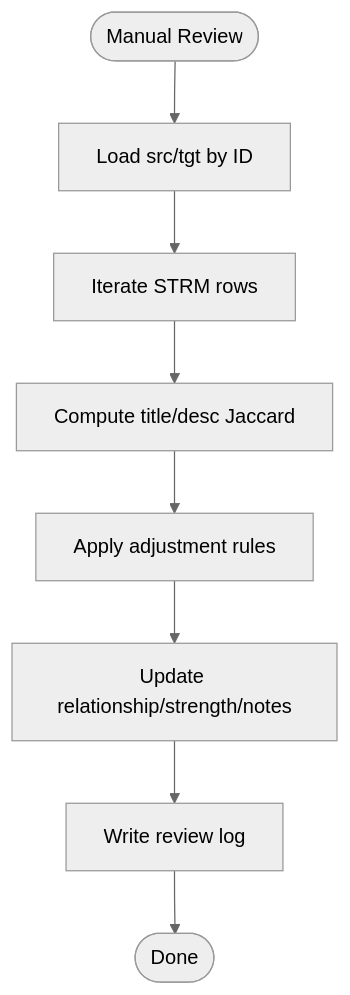
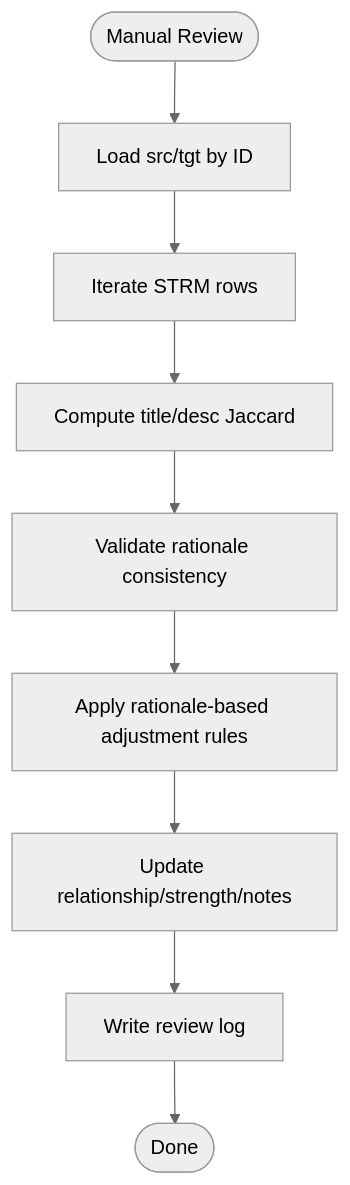
One commit to austinsonger/GRC-Mapping-Analyst changed the seventh of 8 diagrams in .qoder/repowiki/en/content/Core Processing Engine and Algorithms/Core Processing Engine and Algorithms.md. Above: the diagram before and after it, drawn with Mermaid (neutral theme). The commit also changed other lines of this file and 4 other files, not shown here.

````diff
--- a/.qoder/repowiki/en/content/Core Processing Engine and Algorithms/Core Processing Engine and Algorithms.md
+++ b/.qoder/repowiki/en/content/Core Processing Engine and Algorithms/Core Processing Engine and Algorithms.md
@@ -295,10 +360,11 @@
 ```mermaid
 flowchart TD
 MRStart(["Manual Review"]) --> LoadSets["Load src/tgt by ID"]
 LoadSets --> Iterate["Iterate STRM rows"]
 Iterate --> ComputeSim["Compute title/desc Jaccard"]
-ComputeSim --> Adjust["Apply adjustment rules"]
-Adjust --> Update["Update relationship/strength/notes"]
+ComputeSim --> CheckRationale["Validate rationale consistency"]
+CheckRationale --> ApplyRules["Apply rationale-based adjustment rules"]
+ApplyRules --> Update["Update relationship/strength/notes"]
 Update --> Log["Write review log"]
 Log --> MREnd(["Done"])
 ```
````
